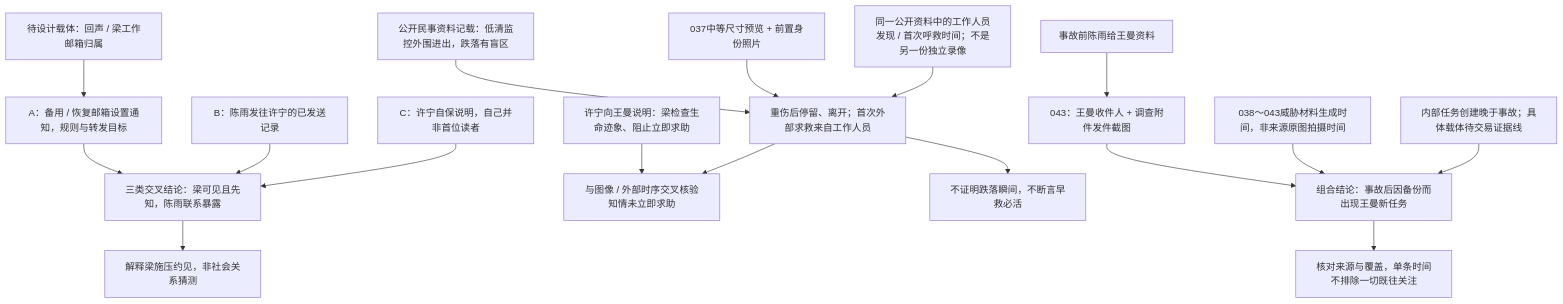
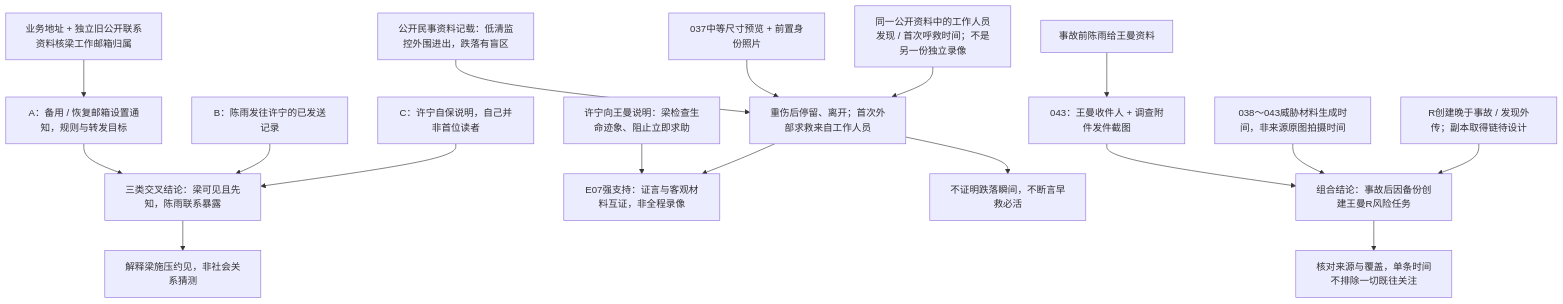
Before and after one commit to volcano-77/last-seen-online: the third of 6 diagrams in docs/cases/case-01-missing-person/information-dependency-map.md, drawn with Mermaid. The commit also changed other lines of this file and 5 other files, not shown here.

````diff
--- a/docs/cases/case-01-missing-person/information-dependency-map.md
+++ b/docs/cases/case-01-missing-person/information-dependency-map.md
@@ -261,21 +262,21 @@
 ```mermaid
 flowchart TD
   notices["A：备用 / 恢复邮箱设置通知，规则与转发目标"] --> exposure["三类交叉结论：梁可见且先知，陈雨联系暴露"]
   sentXu["B：陈雨发往许宁的已发送记录"] --> exposure
   xuNote["C：许宁自保说明，自己并非首位读者"] --> exposure
-  owner["待设计载体：回声 / 梁工作邮箱归属"] --> notices
+  owner["业务地址 + 独立旧公开联系资料核梁工作邮箱归属"] --> notices
   exposure --> pressure["解释梁施压约见，非社会关系猜测"]
 
   cctv["公开民事资料记载：低清监控外围进出，跌落有盲区"] --> delay["重伤后停留、离开；首次外部求救来自工作人员"]
   photo["037中等尺寸预览 + 前置身份照片"] --> delay
   call["同一公开资料中的工作人员发现 / 首次呼救时间；不是另一份独立录像"] --> delay
-  testimony["许宁向王曼说明：梁检查生命迹象、阻止立即求助"] --> informed["与图像 / 外部时序交叉核验知情未立即求助"]
+  testimony["许宁向王曼说明：梁检查生命迹象、阻止立即求助"] --> informed["E07强支持：证言与客观材料互证，非全程录像"]
   delay --> informed
   delay --> boundary["不证明跌落瞬间，不断言早救必活"]
 
   sourceSent["事故前陈雨给王曼资料"] --> screenshot["043：王曼收件人 + 调查附件发件截图"]
-  screenshot --> newTarget["组合结论：事故后因备份而出现王曼新任务"]
+  screenshot --> newTarget["组合结论：事故后因备份创建王曼R风险任务"]
   generation["038～043威胁材料生成时间，非来源原图拍摄时间"] --> newTarget
-  task["内部任务创建晚于事故；具体载体待交易证据线"] --> newTarget
+  task["R创建晚于事故 / 发现外传；副本取得链待设计"] --> newTarget
   newTarget --> requirement["核对来源与覆盖，单条时间不排除一切既往关注"]
 ```
````
